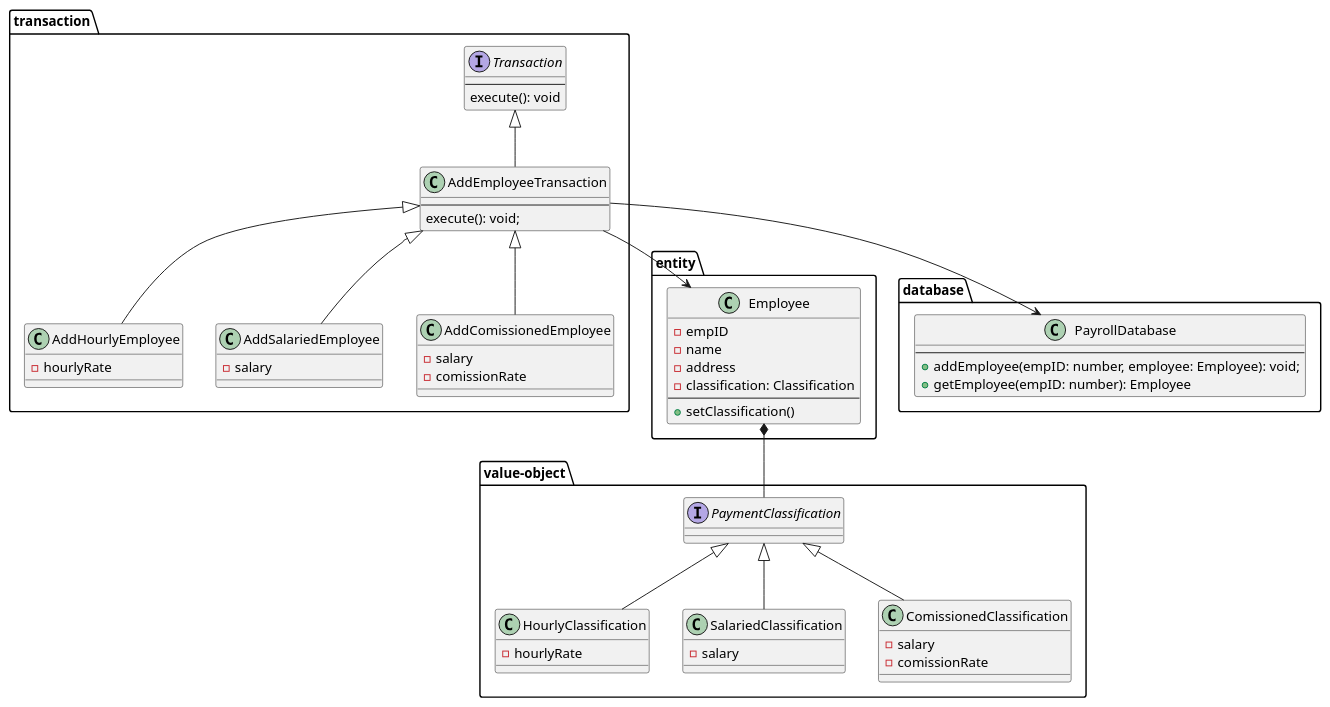
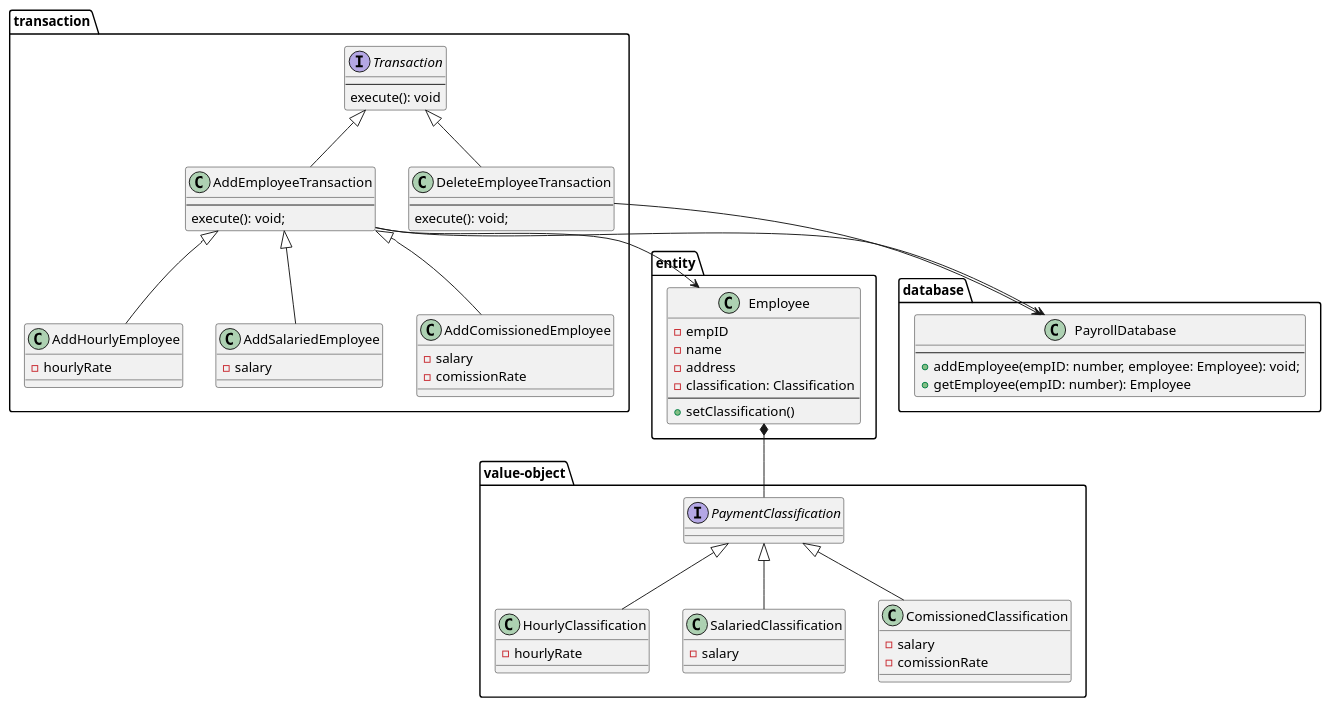
Before and after one commit to show-coco/architecture-practice: the diagram in salary-system/diagrams/class.puml, drawn with PlantUML. The commit also changed 4 other files, not shown here.

Commit message:
feat: Implement transaction which delete employee

```diff
--- a/salary-system/diagrams/class.puml
+++ b/salary-system/diagrams/class.puml
@@ -1,79 +1,86 @@
 @startuml
 
 package transaction {
   interface Transaction {
     --
     execute(): void
   }
 
   class AddEmployeeTransaction {
     --
     execute(): void;
   }
 
   class AddHourlyEmployee {
     - hourlyRate 
   }
 
   class AddSalariedEmployee {
     - salary
   }
 
   class AddComissionedEmployee {
     - salary
     - comissionRate
+  }
+  
+  class DeleteEmployeeTransaction {
+    --
+    execute(): void;
   }
 }
 
 
 package entity {
   class Employee {
     - empID
     - name
     - address
     - classification: Classification
     --
     + setClassification()
   }
 }
 
 package value-object {
   interface PaymentClassification
 
   class HourlyClassification {
     - hourlyRate
   }
 
   class SalariedClassification {
     - salary
   }
 
   class ComissionedClassification {
     - salary
     - comissionRate
   }
 }
 
 package database {
   class PayrollDatabase {
     --
     + addEmployee(empID: number, employee: Employee): void;
     + getEmployee(empID: number): Employee
   }
 }
 
 Transaction <|-- AddEmployeeTransaction
+Transaction <|-- DeleteEmployeeTransaction
 AddEmployeeTransaction <|-- AddHourlyEmployee
 AddEmployeeTransaction <|-- AddSalariedEmployee
 AddEmployeeTransaction <|-- AddComissionedEmployee
 
 PaymentClassification <|-- HourlyClassification
 PaymentClassification <|-- SalariedClassification
 PaymentClassification <|-- ComissionedClassification
 
 Employee *-- PaymentClassification
 
 AddEmployeeTransaction --> Employee
 AddEmployeeTransaction --> PayrollDatabase
+DeleteEmployeeTransaction --> PayrollDatabase
 
 @enduml
```
